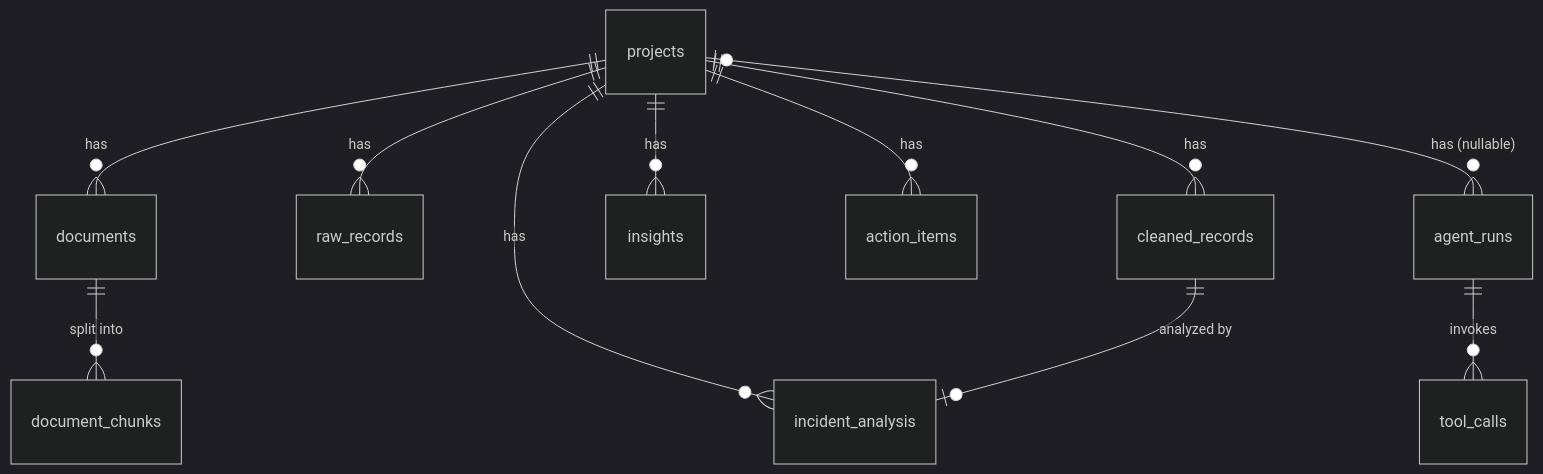
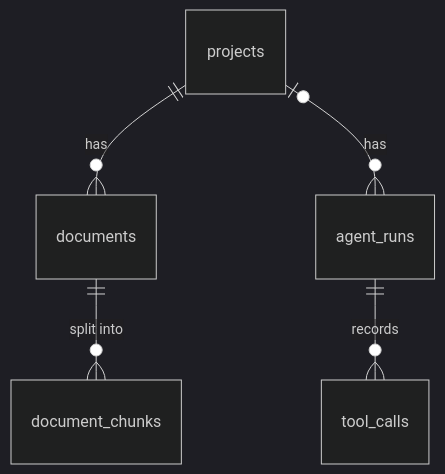
The diagram in docs/DATA_MODEL.md (Jiaaaaaaak/OpsKnowledge-agent-lite), drawn with Mermaid (dark theme) before and after one commit. The commit also changed other lines of this file and 13 other files, not shown here.

````diff
--- a/docs/DATA_MODEL.md
+++ b/docs/DATA_MODEL.md
@@ -15,14 +15,7 @@
 ```mermaid
 erDiagram
     projects ||--o{ documents : "has"
-    projects ||--o{ raw_records : "has"
-    projects ||--o{ cleaned_records : "has"
-    projects ||--o{ incident_analysis : "has"
-    projects ||--o{ insights : "has"
-    projects ||--o{ action_items : "has"
-    projects |o--o{ agent_runs : "has (nullable)"
-
     documents ||--o{ document_chunks : "split into"
-    cleaned_records ||--o| incident_analysis : "analyzed by"
-    agent_runs ||--o{ tool_calls : "invokes"
+    projects |o--o{ agent_runs : "has"
+    agent_runs ||--o{ tool_calls : "records"
 ```
````
